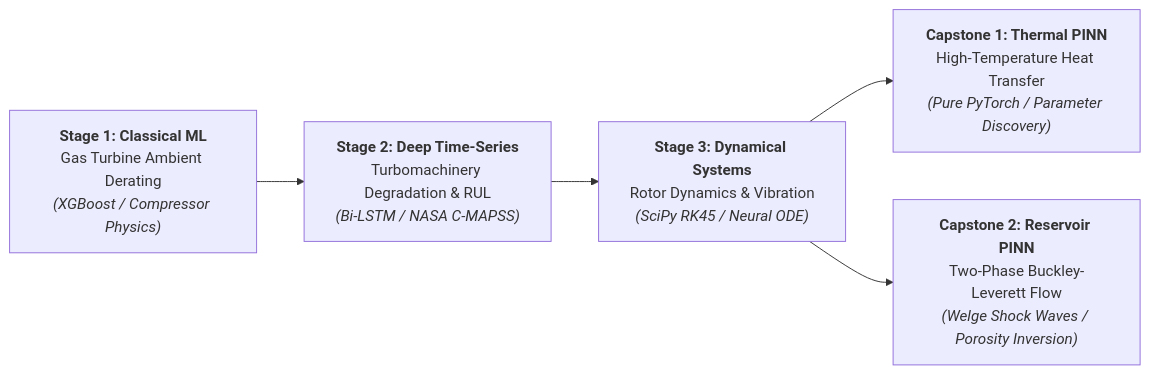
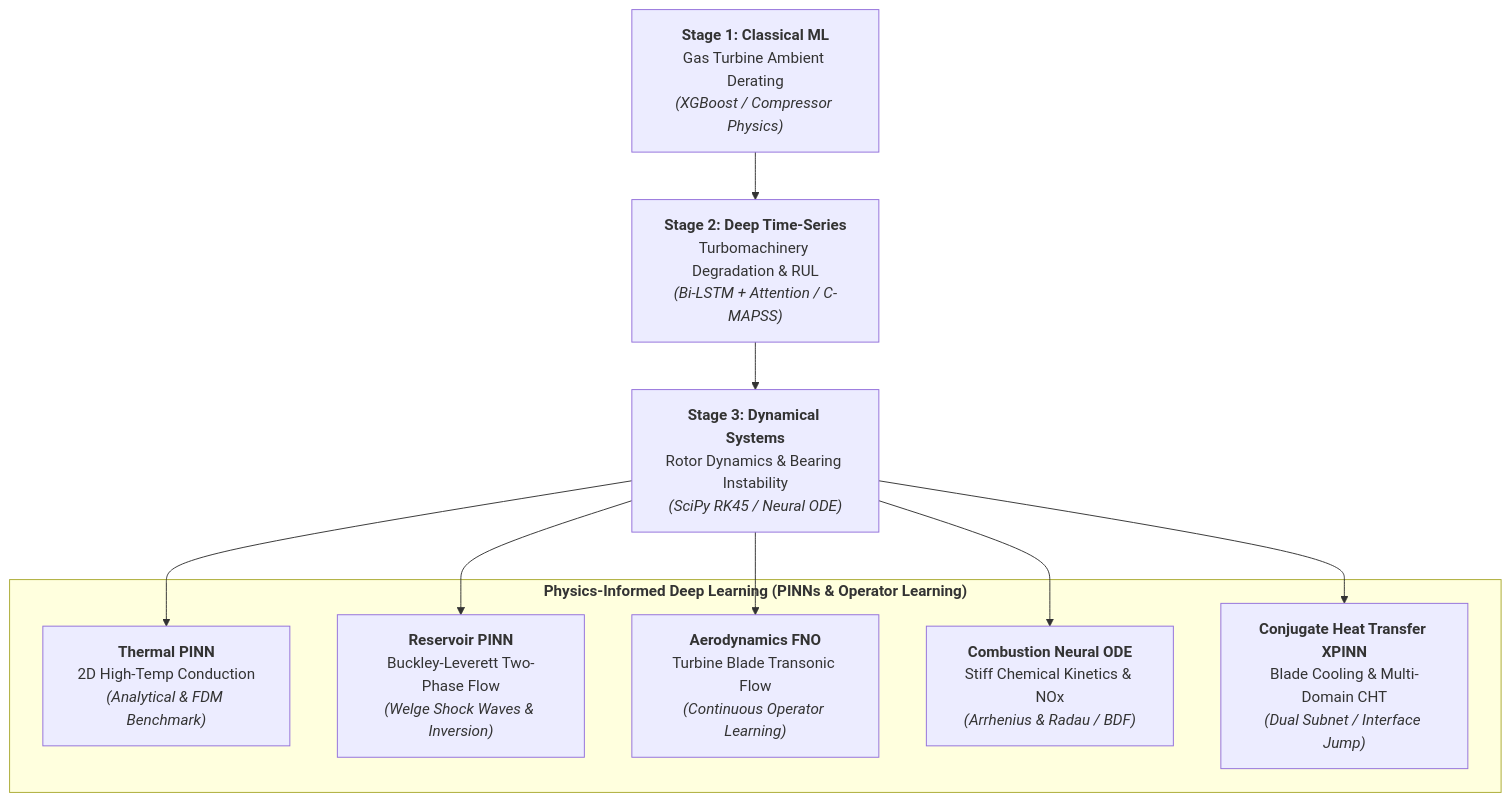
Before and after one commit to mohammedbasra-star/mohammedbasra-star: the diagram in README.md, drawn with Mermaid. The commit also changed other lines of this file, not shown here.

Commit message:
docs: integrate Aerodynamics FNO, Combustion Neural ODE, and CHT XPINN into master research showcase

````diff
--- a/README.md
+++ b/README.md
@@ -28,10 +28,16 @@
 ```mermaid
-flowchart LR
+flowchart TD
     S1["<b>Stage 1: Classical ML</b><br/>Gas Turbine Ambient Derating<br/><i>(XGBoost / Compressor Physics)</i>"]
-    S2["<b>Stage 2: Deep Time-Series</b><br/>Turbomachinery Degradation & RUL<br/><i>(Bi-LSTM / NASA C-MAPSS)</i>"]
-    S3["<b>Stage 3: Dynamical Systems</b><br/>Rotor Dynamics & Vibration<br/><i>(SciPy RK45 / Neural ODE)</i>"]
-    CAP1["<b>Capstone 1: Thermal PINN</b><br/>High-Temperature Heat Transfer<br/><i>(Pure PyTorch / Parameter Discovery)</i>"]
-    CAP2["<b>Capstone 2: Reservoir PINN</b><br/>Two-Phase Buckley-Leverett Flow<br/><i>(Welge Shock Waves / Porosity Inversion)</i>"]
+    S2["<b>Stage 2: Deep Time-Series</b><br/>Turbomachinery Degradation & RUL<br/><i>(Bi-LSTM + Attention / C-MAPSS)</i>"]
+    S3["<b>Stage 3: Dynamical Systems</b><br/>Rotor Dynamics & Bearing Instability<br/><i>(SciPy RK45 / Neural ODE)</i>"]
+    
+    subgraph CAP ["<b>Physics-Informed Deep Learning (PINNs & Operator Learning)</b>"]
+        CAP1["<b>Thermal PINN</b><br/>2D High-Temp Conduction<br/><i>(Analytical & FDM Benchmark)</i>"]
+        CAP2["<b>Reservoir PINN</b><br/>Buckley-Leverett Two-Phase Flow<br/><i>(Welge Shock Waves & Inversion)</i>"]
+        CAP3["<b>Aerodynamics FNO</b><br/>Turbine Blade Transonic Flow<br/><i>(Continuous Operator Learning)</i>"]
+        CAP4["<b>Combustion Neural ODE</b><br/>Stiff Chemical Kinetics & NOx<br/><i>(Arrhenius & Radau / BDF)</i>"]
+        CAP5["<b>Conjugate Heat Transfer XPINN</b><br/>Blade Cooling & Multi-Domain CHT<br/><i>(Dual Subnet / Interface Jump)</i>"]
+    end
 
-    S1 --> S2 --> S3 --> CAP1 & CAP2
+    S1 --> S2 --> S3 --> CAP1 & CAP2 & CAP3 & CAP4 & CAP5
 ```
````
